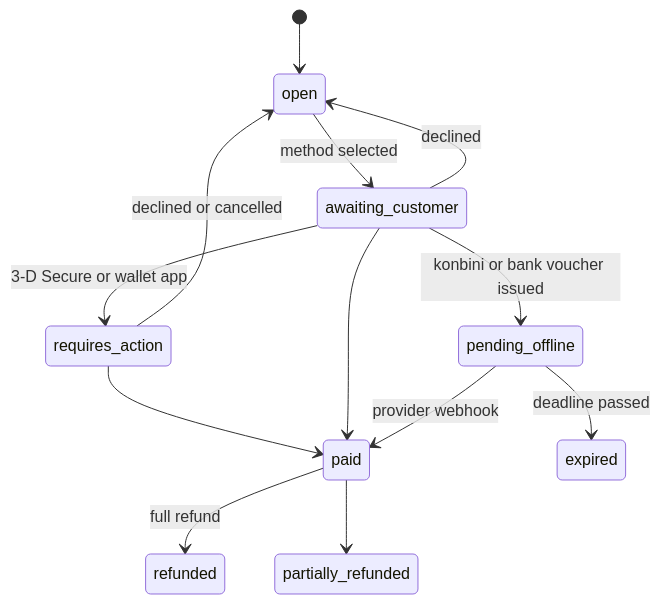
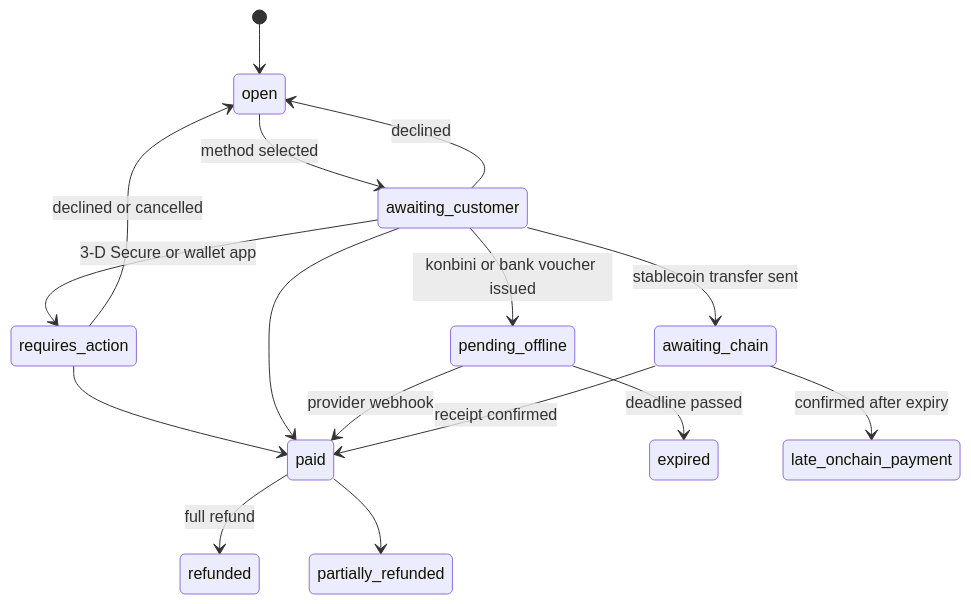
One commit to seams-tech/seams-wallet changed the third of 3 diagrams in docs/refactor-250-seams-checkout.md. Above: the diagram before and after it, drawn with Mermaid. The commit also changed other lines of this file, not shown here.

Commit message:
Plan: Seams Checkout as its own package, with the Stablecoin Wallet as a plugin

````diff
--- a/docs/refactor-250-seams-checkout.md
+++ b/docs/refactor-250-seams-checkout.md
@@ -270,15 +394,18 @@
 ```mermaid
 stateDiagram-v2
     [*] --> open
     open --> awaiting_customer: method selected
     awaiting_customer --> requires_action: 3-D Secure or wallet app
     awaiting_customer --> pending_offline: konbini or bank voucher issued
+    awaiting_customer --> awaiting_chain: stablecoin transfer sent
     requires_action --> paid
     awaiting_customer --> paid
     pending_offline --> paid: provider webhook
     pending_offline --> expired: deadline passed
+    awaiting_chain --> paid: receipt confirmed
+    awaiting_chain --> late_onchain_payment: confirmed after expiry
     requires_action --> open: declined or cancelled
     awaiting_customer --> open: declined
     paid --> refunded: full refund
     paid --> partially_refunded
 ```
````
